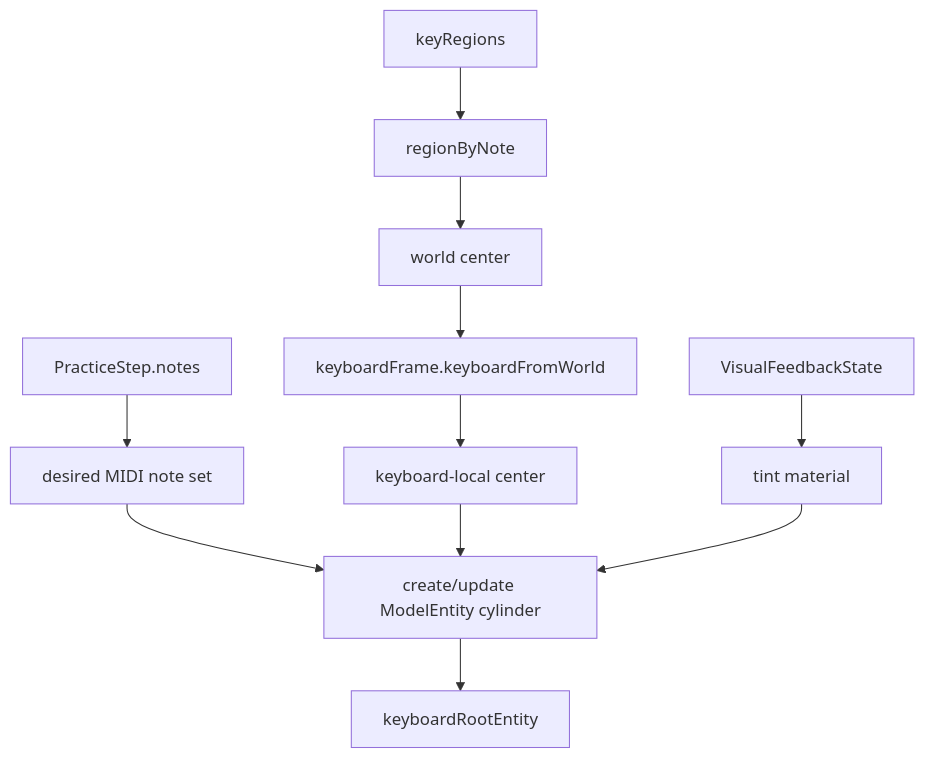
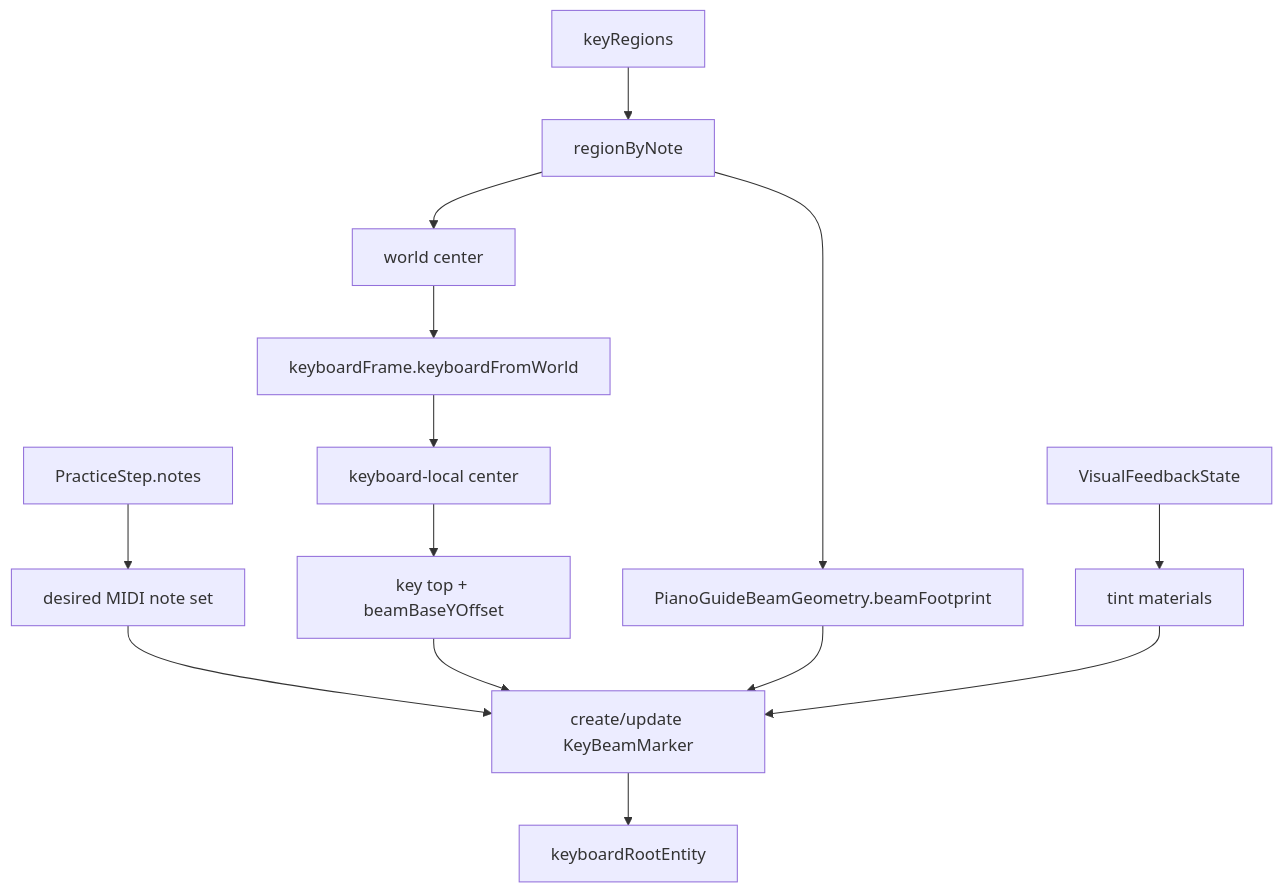
Before and after one commit to chiimagnus/LonelyPianist: the diagram in .github/deepwiki/modules/lonelypianist-avp-practice.md, drawn with Mermaid. The commit also changed other lines of this file, not shown here.

````diff
--- a/.github/deepwiki/modules/lonelypianist-avp-practice.md
+++ b/.github/deepwiki/modules/lonelypianist-avp-practice.md
@@ -28,13 +38,16 @@
 ```mermaid
 flowchart TD
   A[PracticeStep.notes] --> B[desired MIDI note set]
   C[keyRegions] --> D[regionByNote]
   D --> E[world center]
   E --> F[keyboardFrame.keyboardFromWorld]
   F --> G[keyboard-local center]
-  B --> H[create/update ModelEntity cylinder]
-  G --> H
-  I[VisualFeedbackState] --> J[tint material]
-  J --> H
-  H --> K[keyboardRootEntity]
+  G --> H[key top + beamBaseYOffset]
+  D --> I[PianoGuideBeamGeometry.beamFootprint]
+  B --> J[create/update KeyBeamMarker]
+  H --> J
+  I --> J
+  K[VisualFeedbackState] --> L[tint materials]
+  L --> J
+  J --> M[keyboardRootEntity]
 ```
````
